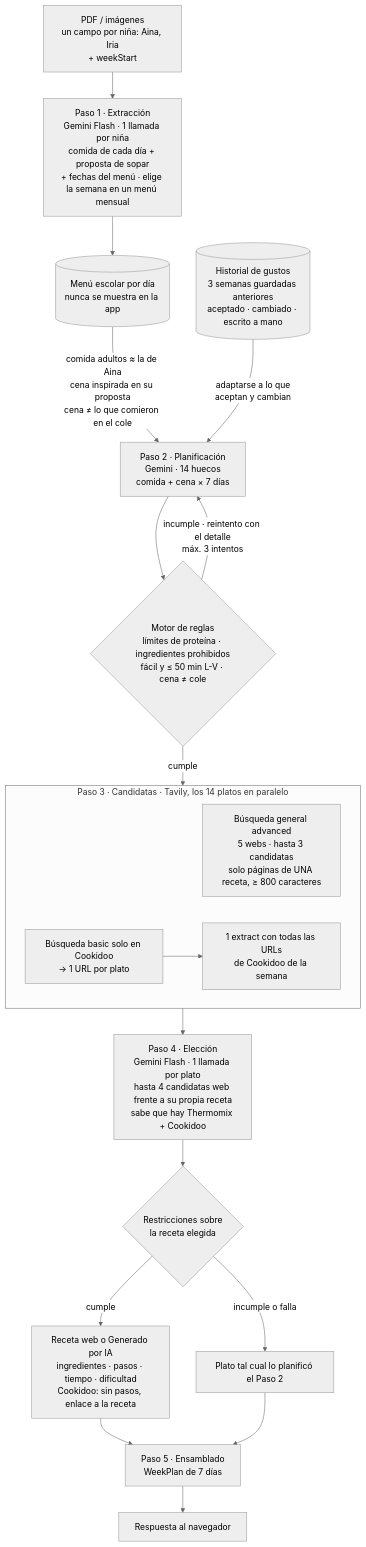
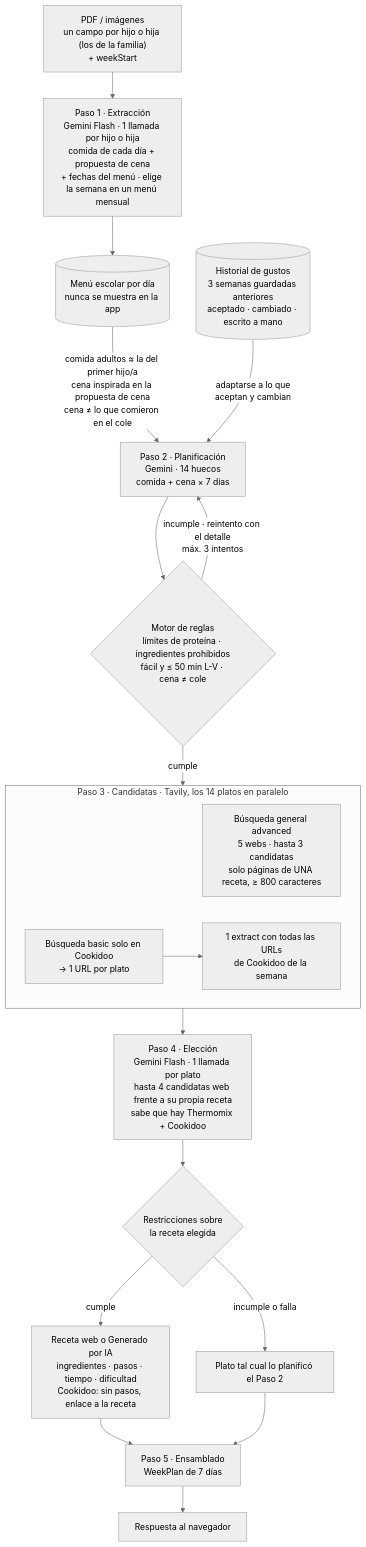
The second of 4 diagrams in docs/arquitectura.md (borjarfp/mesamia), drawn with Mermaid (neutral theme) before and after one commit. The commit also changed other lines of this file and 28 other files, not shown here.

````diff
--- a/docs/arquitectura.md
+++ b/docs/arquitectura.md
@@ -68,27 +68,27 @@
 ```mermaid
 flowchart TD
-  IN["PDF / imágenes<br/>un campo por niña: Aina, Iria<br/>+ weekStart"] --> S1["Paso 1 · Extracción<br/>Gemini Flash · 1 llamada por niña<br/>comida de cada día + proposta de sopar<br/>+ fechas del menú · elige la semana en un menú mensual"]
+  IN["PDF / imágenes<br/>un campo por hijo o hija (los de la familia)<br/>+ weekStart"] --> S1["Paso 1 · Extracción<br/>Gemini Flash · 1 llamada por hijo o hija<br/>comida de cada día + propuesta de cena<br/>+ fechas del menú · elige la semana en un menú mensual"]
   S1 --> SM[("Menú escolar por día<br/>nunca se muestra en la app")]
   HIST[("Historial de gustos<br/>3 semanas guardadas anteriores<br/>aceptado · cambiado · escrito a mano")]
 
-  SM -- "comida adultos ≈ la de Aina<br/>cena inspirada en su proposta<br/>cena ≠ lo que comieron en el cole" --> S2
+  SM -- "comida adultos ≈ la del primer hijo/a<br/>cena inspirada en la propuesta de cena<br/>cena ≠ lo que comieron en el cole" --> S2
   HIST -- "adaptarse a lo que<br/>aceptan y cambian" --> S2
 
   S2["Paso 2 · Planificación<br/>Gemini · 14 huecos<br/>comida + cena × 7 días"] --> V{"Motor de reglas<br/>límites de proteína · ingredientes prohibidos<br/>fácil y ≤ 50 min L-V · cena ≠ cole"}
   V -- "incumple · reintento con el detalle<br/>máx. 3 intentos" --> S2
   V -- "cumple" --> S3
 
   subgraph S3["Paso 3 · Candidatas · Tavily, los 14 platos en paralelo"]
     T1["Búsqueda general advanced<br/>5 webs · hasta 3 candidatas<br/>solo páginas de UNA receta, ≥ 800 caracteres"]
     T2["Búsqueda basic solo en Cookidoo<br/>→ 1 URL por plato"]
     T3["1 extract con todas las URLs<br/>de Cookidoo de la semana"]
     T2 --> T3
   end
 
   S3 --> S4["Paso 4 · Elección<br/>Gemini Flash · 1 llamada por plato<br/>hasta 4 candidatas web frente a su propia receta<br/>sabe que hay Thermomix + Cookidoo"]
   S4 --> R{"Restricciones sobre<br/>la receta elegida"}
   R -- "cumple" --> OK["Receta web o Generado por IA<br/>ingredientes · pasos · tiempo · dificultad<br/>Cookidoo: sin pasos, enlace a la receta"]
   R -- "incumple o falla" --> FB["Plato tal cual lo planificó el Paso 2"]
   OK & FB --> S5["Paso 5 · Ensamblado<br/>WeekPlan de 7 días"]
   S5 --> OUT["Respuesta al navegador"]
 ```
````
